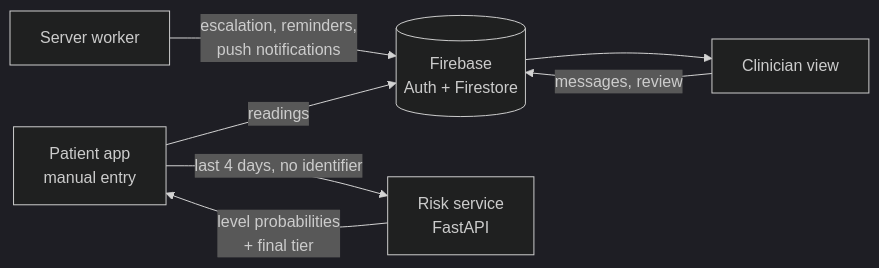
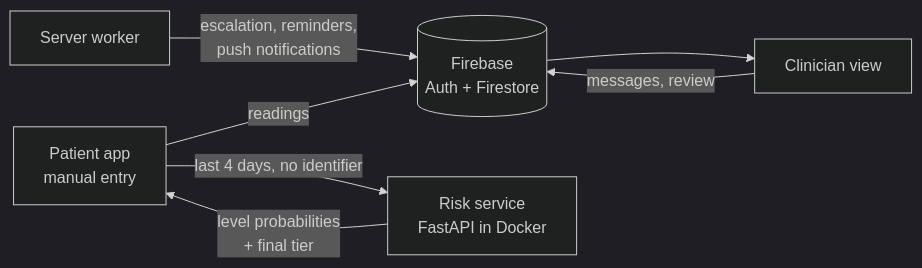
Before and after one commit to ayuni237/telemonitor_real: the diagram in README.md, drawn with Mermaid (dark theme). The commit also changed other lines of this file, not shown here.

Commit message:
README: registered thesis title as heading; risk service in Docker as the part of the system that holds the models

````diff
--- a/README.md
+++ b/README.md
@@ -23,9 +25,9 @@
 ```mermaid
 flowchart LR
     P[Patient app<br/>manual entry] -->|readings| F[(Firebase<br/>Auth + Firestore)]
-    P -->|last 4 days, no identifier| R[Risk service<br/>FastAPI]
+    P -->|last 4 days, no identifier| R[Risk service<br/>FastAPI in Docker]
     R -->|level probabilities<br/>+ final tier| P
     W[Server worker] -->|escalation, reminders,<br/>push notifications| F
     F --> C[Clinician view]
     C -->|messages, review| F
 ```
````
